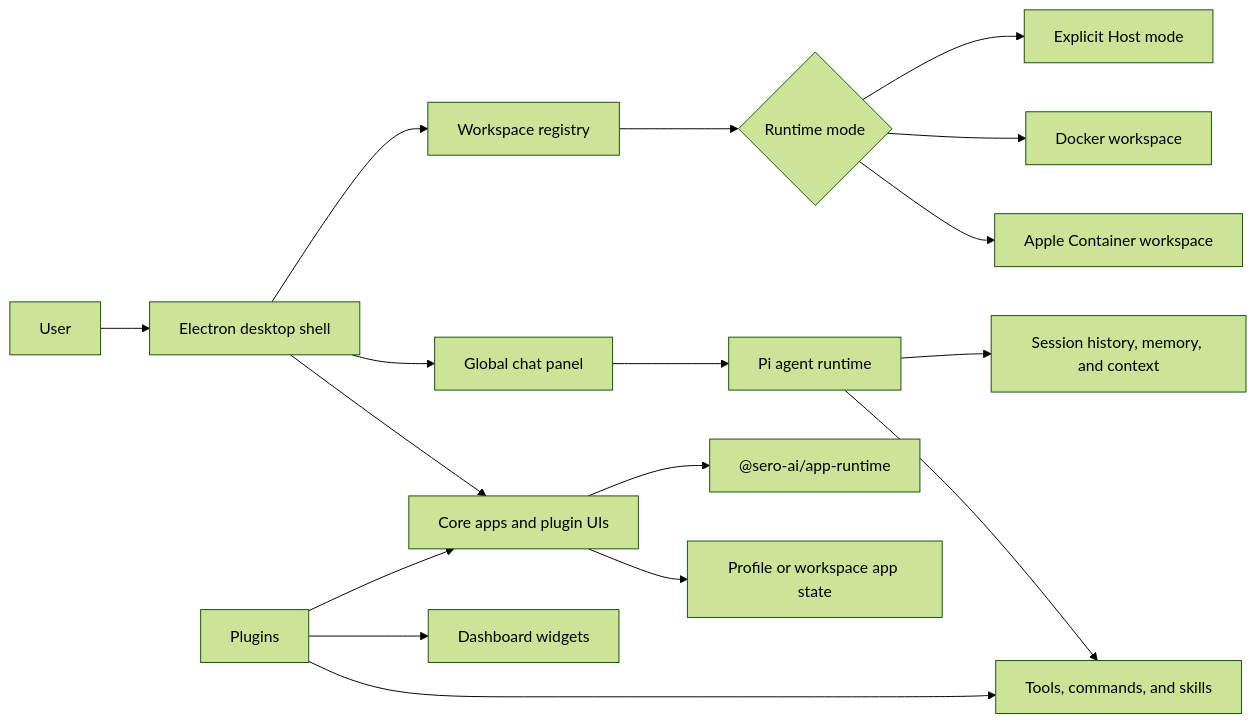
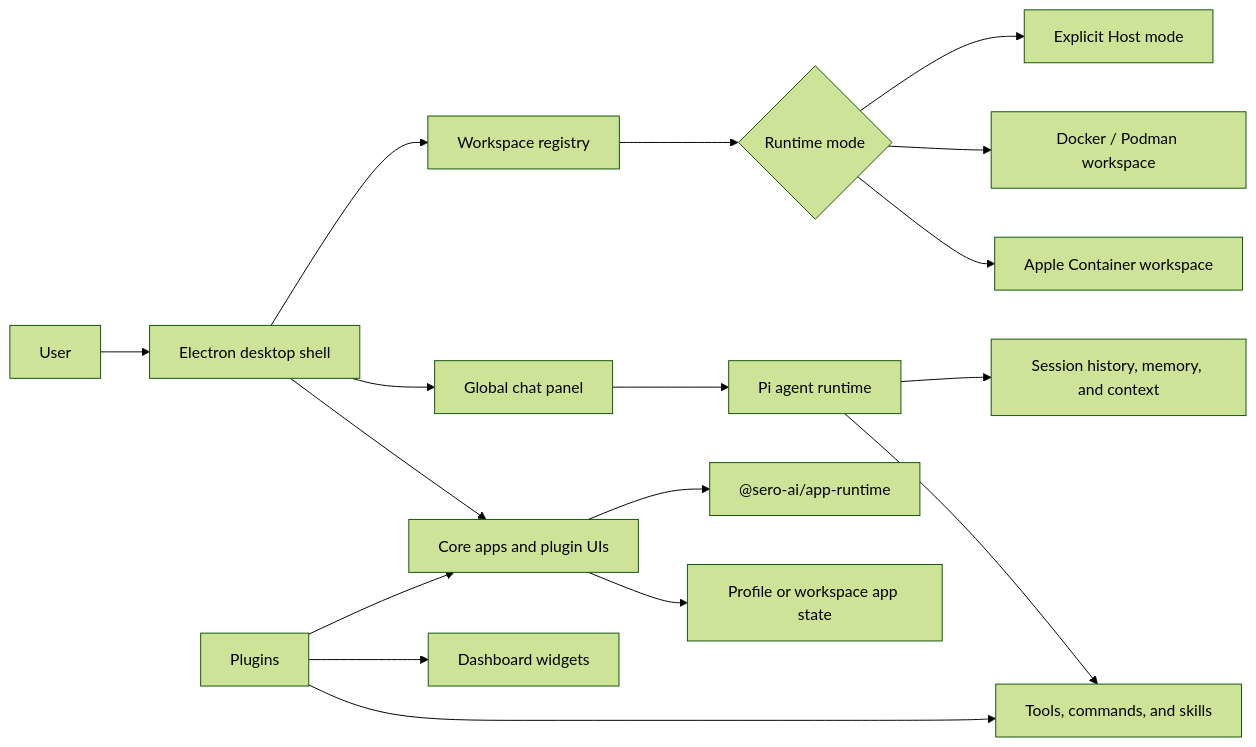
The first of 2 diagrams in apps/docs-site/docs/reference/architecture.md (sero-labs/sero), drawn with Mermaid (forest theme) before and after one commit. The commit also changed other lines of this file and 21 other files, not shown here.

Commit message:
docs(runtime): document Docker Podman runtime behavior

````diff
--- a/apps/docs-site/docs/reference/architecture.md
+++ b/apps/docs-site/docs/reference/architecture.md
@@ -15,24 +15,24 @@
 ```mermaid
 flowchart LR
   User[User] --> Shell[Electron desktop shell]
 
   Shell --> Apps[Core apps and plugin UIs]
   Shell --> Chat[Global chat panel]
   Shell --> Workspace[Workspace registry]
 
   Chat --> Pi[Pi agent runtime]
   Pi --> Tools[Tools, commands, and skills]
   Pi --> Context[Session history, memory, and context]
 
   Workspace --> Runtime{Runtime mode}
   Runtime --> Apple[Apple Container workspace]
-  Runtime --> Docker[Docker workspace]
+  Runtime --> Docker[Docker / Podman workspace]
   Runtime --> Host[Explicit Host mode]
 
   Apps --> AppRuntime["@sero-ai/app-runtime"]
   Apps --> AppState[Profile or workspace app state]
 
   Plugins[Plugins] --> Apps
   Plugins --> Tools
   Plugins --> Widgets[Dashboard widgets]
 ```
````
